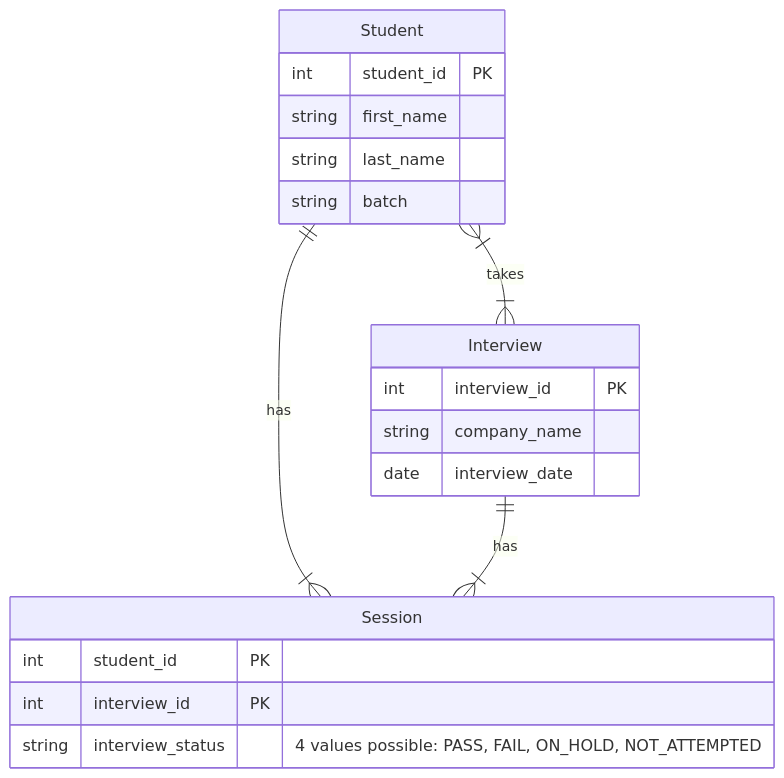
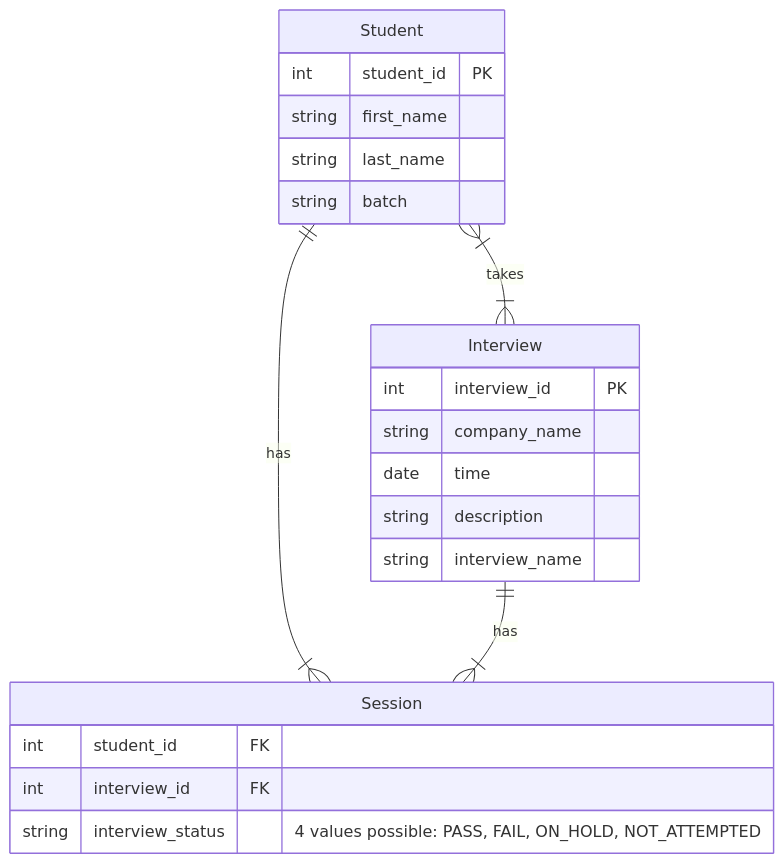
The fifth of 6 diagrams in README.md (piyush-mishra-pm/placement-cell), drawn with Mermaid before and after one commit. The commit also changed other lines of this file, not shown here.

````diff
--- a/README.md
+++ b/README.md
@@ -100,22 +122,24 @@
 ```mermaid
 erDiagram
   Student {
     int student_id PK
     string first_name
     string last_name
     string batch
   }
   Interview {
     int interview_id PK
     string company_name
-    date interview_date
+    date time
+    string description
+    string interview_name
   }
   Session{
-    int student_id PK
-    int interview_id PK
+    int student_id FK
+    int interview_id FK
     string interview_status "4 values possible: PASS, FAIL, ON_HOLD, NOT_ATTEMPTED"
   }
   Student }|--|{ Interview : takes
   Student ||--|{ Session : has
   Interview ||--|{ Session : has
 ```
````
